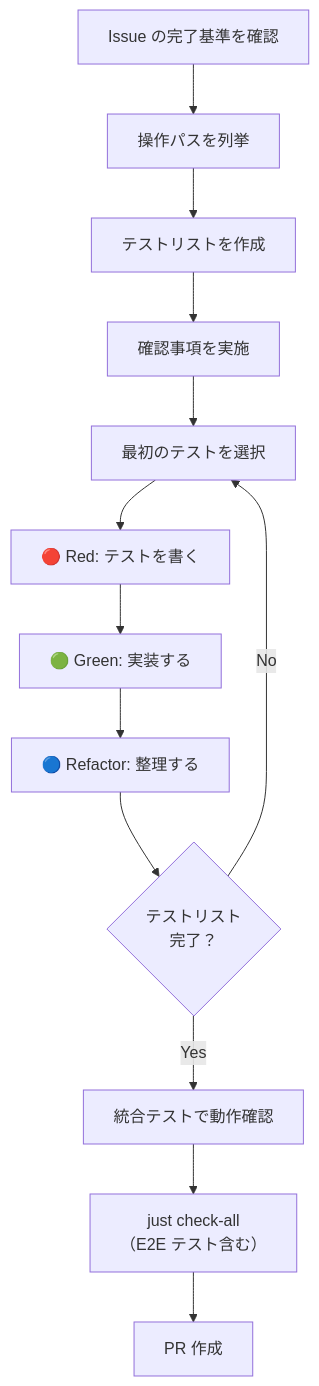
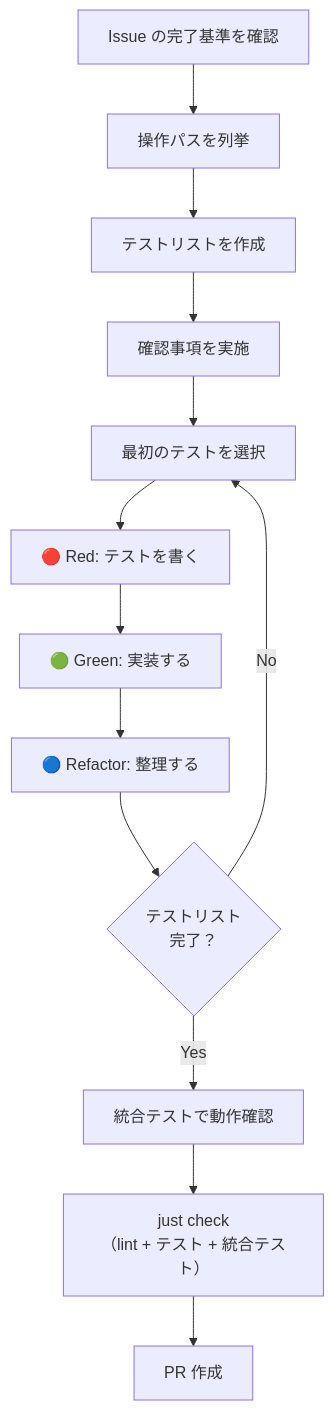
Before and after one commit to ka2kama/ringiflow: the fourth of 4 diagrams in docs/04_手順書/04_開発フロー/02_TDD開発フロー.md, drawn with Mermaid. The commit also changed 9 other files, not shown here.

````diff
--- a/docs/04_手順書/04_開発フロー/02_TDD開発フロー.md
+++ b/docs/04_手順書/04_開発フロー/02_TDD開発フロー.md
@@ -473,15 +473,15 @@
 ```mermaid
 flowchart TD
     A["Issue の完了基準を確認"] --> OP["操作パスを列挙"]
     OP --> B["テストリストを作成"]
     B --> V["確認事項を実施"]
     V --> C["最初のテストを選択"]
     C --> D["🔴 Red: テストを書く"]
     D --> E["🟢 Green: 実装する"]
     E --> F["🔵 Refactor: 整理する"]
     F --> G{"テストリスト<br/>完了？"}
     G -->|No| C
     G -->|Yes| H["統合テストで動作確認"]
-    H --> J["just check-all<br/>（E2E テスト含む）"]
+    H --> J["just check<br/>（lint + テスト + 統合テスト）"]
     J --> I["PR 作成"]
 ```
````
